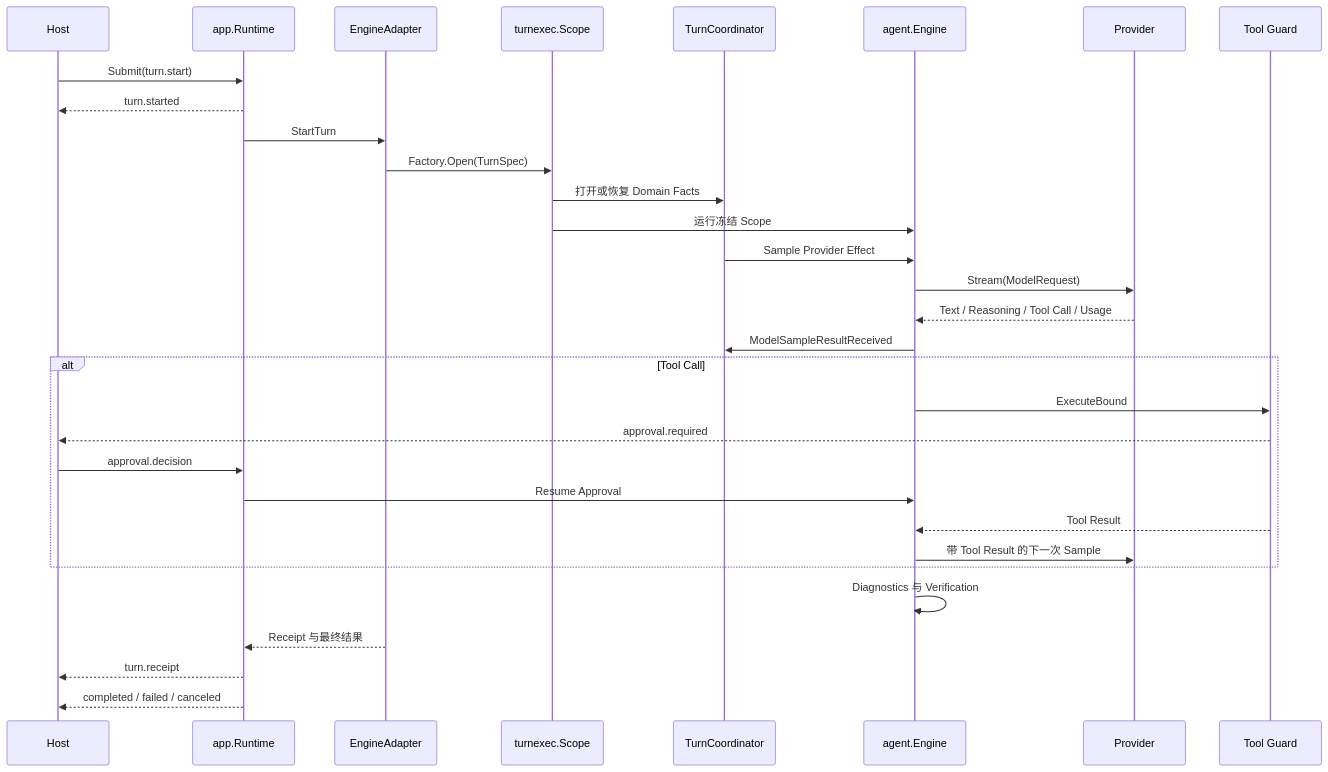
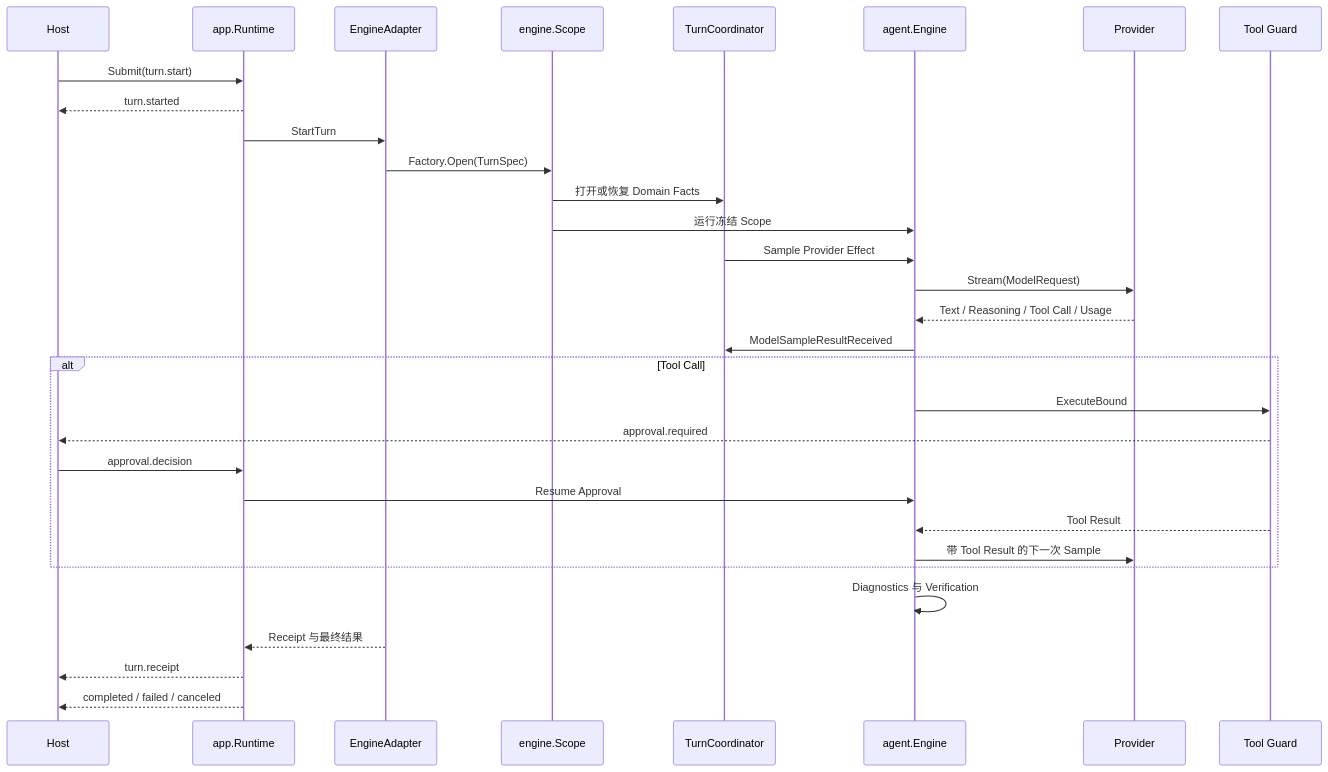
Before and after one commit to fwtllh-png/CodeHelper: the diagram in docs/book/zh-CN/02-codehelper-overview/05-turn-lifecycle.md, drawn with Mermaid. The commit also changed other lines of this file and 470 other files, not shown here.

````diff
--- a/docs/book/zh-CN/02-codehelper-overview/05-turn-lifecycle.md
+++ b/docs/book/zh-CN/02-codehelper-overview/05-turn-lifecycle.md
@@ -81,33 +81,33 @@
 ```mermaid
 sequenceDiagram
     participant H as Host
     participant R as app.Runtime
     participant A as EngineAdapter
-    participant S as turnexec.Scope
+    participant S as engine.Scope
     participant K as TurnCoordinator
     participant E as agent.Engine
     participant M as Provider
     participant G as Tool Guard
     H->>R: Submit(turn.start)
     R-->>H: turn.started
     R->>A: StartTurn
     A->>S: Factory.Open(TurnSpec)
     S->>K: 打开或恢复 Domain Facts
     S->>E: 运行冻结 Scope
     K->>E: Sample Provider Effect
     E->>M: Stream(ModelRequest)
     M-->>E: Text / Reasoning / Tool Call / Usage
     E->>K: ModelSampleResultReceived
     alt Tool Call
         E->>G: ExecuteBound
         G-->>H: approval.required
         H->>R: approval.decision
         R->>E: Resume Approval
         G-->>E: Tool Result
         E->>M: 带 Tool Result 的下一次 Sample
     end
     E->>E: Diagnostics 与 Verification
     A-->>R: Receipt 与最终结果
     R-->>H: turn.receipt
     R-->>H: completed / failed / canceled
 ```
````
